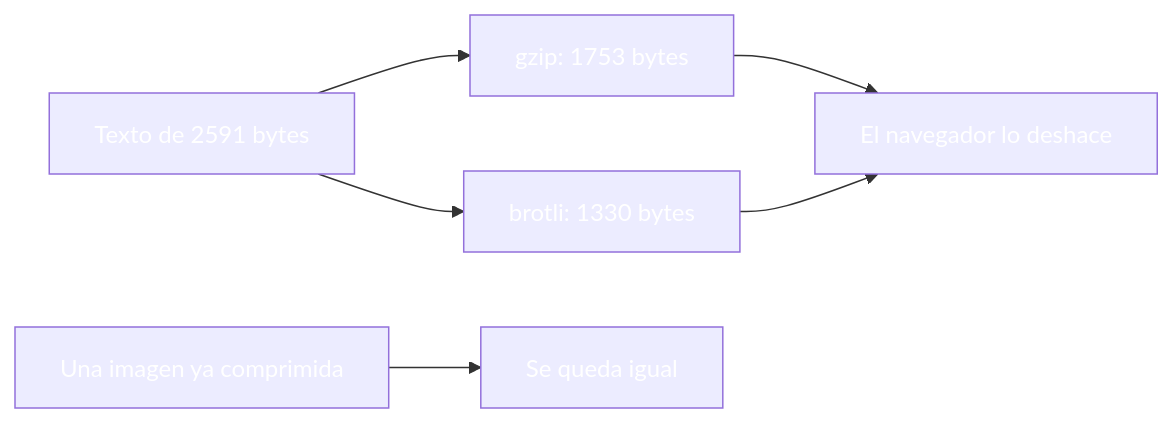
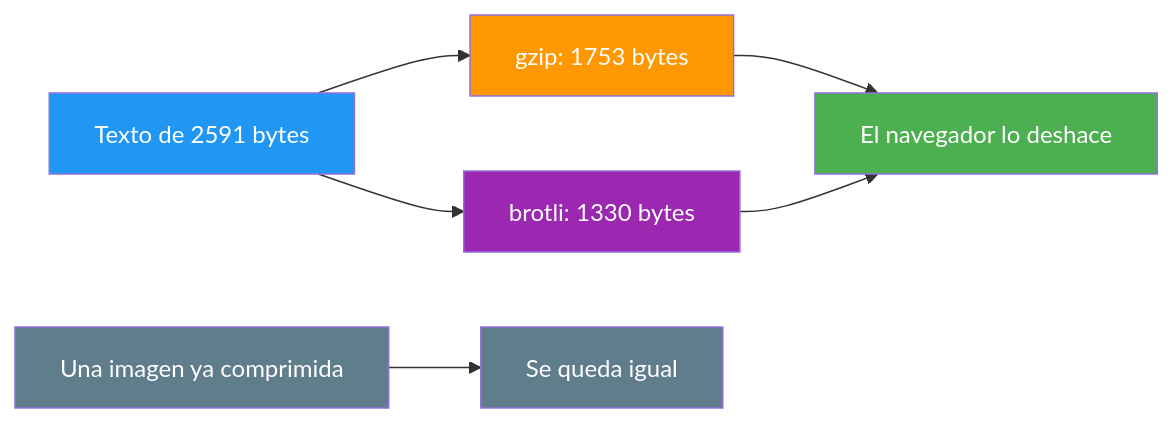
The sixth of 7 diagrams in 21-optimizacion-rendimiento.md (joseluisgs/DesarrolloWebEntornosServidor-03-2026-2027), drawn with Mermaid before and after one commit. The commit also changed other lines of this file and 25 other files, not shown here.

Commit message:
docs: corregir los estilos Mermaid de los temas y alinear el dominio del tema 25 con ProductosApp

````diff
--- a/21-optimizacion-rendimiento.md
+++ b/21-optimizacion-rendimiento.md
@@ -359,14 +359,14 @@
 ```mermaid
 graph LR
     T["Texto de 2591 bytes"] --> G["gzip: 1753 bytes"]
     T --> B["brotli: 1330 bytes"]
     G --> N["El navegador lo deshace"]
     B --> N
     I["Una imagen ya comprimida"] --> S["Se queda igual"]
-    style T fill:#2196F,color:#fff3,color:#fff
-    style G fill:#FF980,color:#fff0,color:#fff
-    style B fill:#9C27B,color:#fff0,color:#fff
-    style N fill:#4CAF5,color:#fff0,color:#fff
-    style I fill:#607D8,color:#fffB,color:#fff
-    style S fill:#607D8,color:#fffB,color:#fff
+    style T fill:#2196F3,color:#fff
+    style G fill:#FF9800,color:#fff
+    style B fill:#9C27B0,color:#fff
+    style N fill:#4CAF50,color:#fff
+    style I fill:#607D8B,color:#fff
+    style S fill:#607D8B,color:#fff
 ```
````
